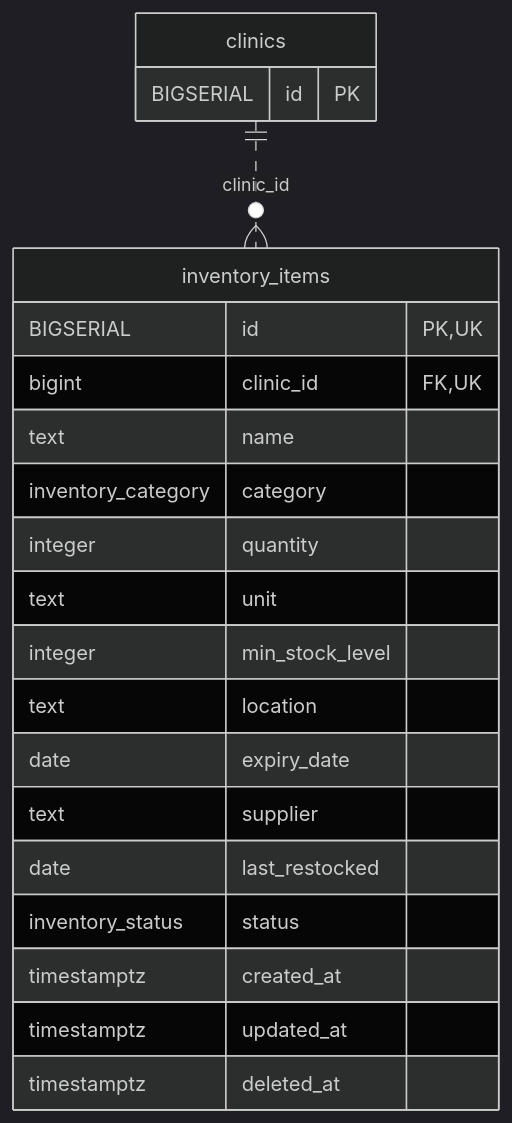
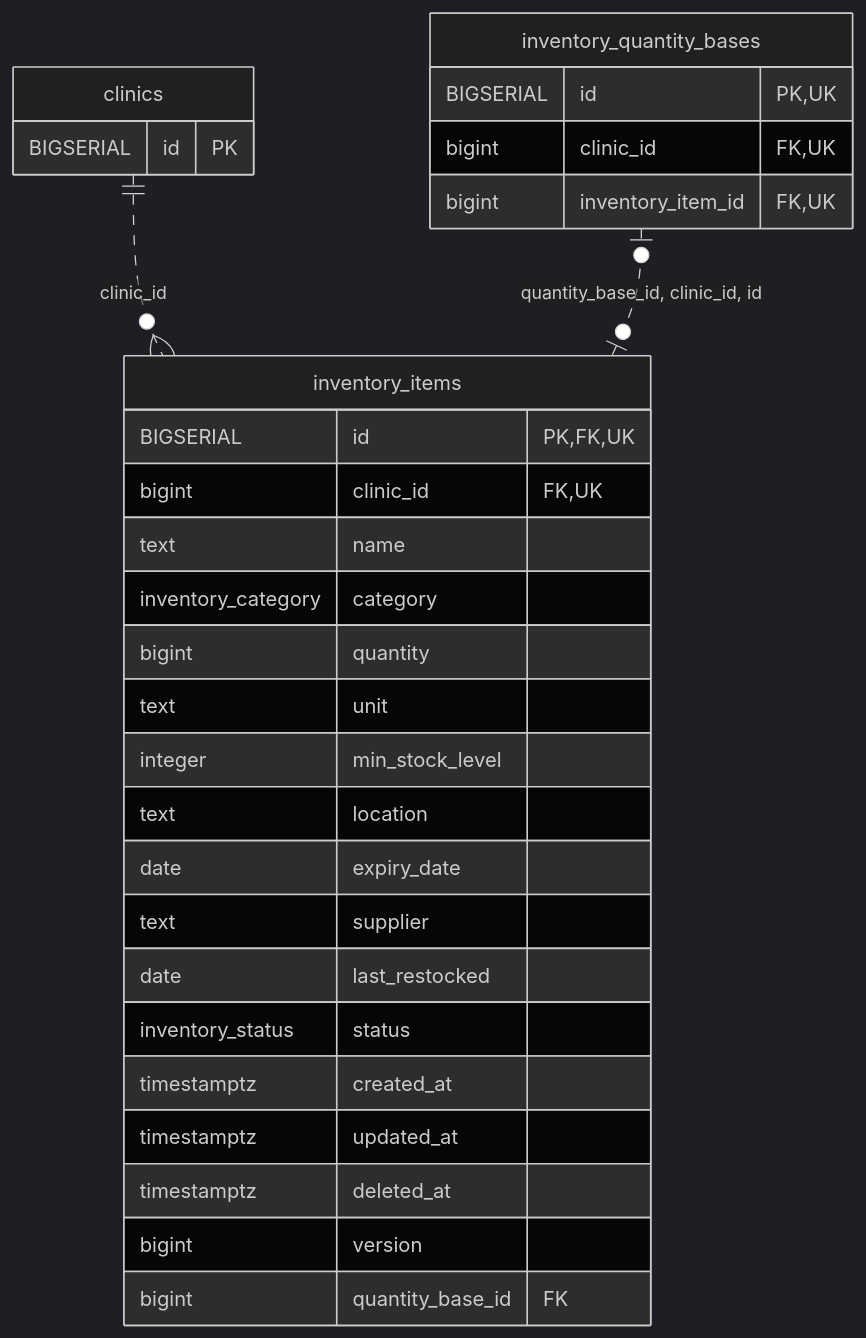
Before and after one commit to MinoruSoga/AnimalEkarte: the diagram in docs/architecture/erd-detail/inventory_items.md, drawn with Mermaid (dark theme). The commit also changed other lines of this file and 131 other files, not shown here.

````diff
--- a/docs/architecture/erd-detail/inventory_items.md
+++ b/docs/architecture/erd-detail/inventory_items.md
@@ -38,24 +40,32 @@
 ```mermaid
 erDiagram
     inventory_items {
-        BIGSERIAL id PK,UK
+        BIGSERIAL id PK,FK,UK
         bigint clinic_id FK,UK
         text name
         inventory_category category
-        integer quantity
+        bigint quantity
         text unit
         integer min_stock_level
         text location
         date expiry_date
         text supplier
         date last_restocked
         inventory_status status
         timestamptz created_at
         timestamptz updated_at
         timestamptz deleted_at
+        bigint version
+        bigint quantity_base_id FK
     }
     clinics {
         BIGSERIAL id PK
     }
+    inventory_quantity_bases {
+        BIGSERIAL id PK,UK
+        bigint clinic_id FK,UK
+        bigint inventory_item_id FK,UK
+    }
     clinics ||..o{ inventory_items : "clinic_id"
+    inventory_quantity_bases o|..o| inventory_items : "quantity_base_id, clinic_id, id"
 ```
````
